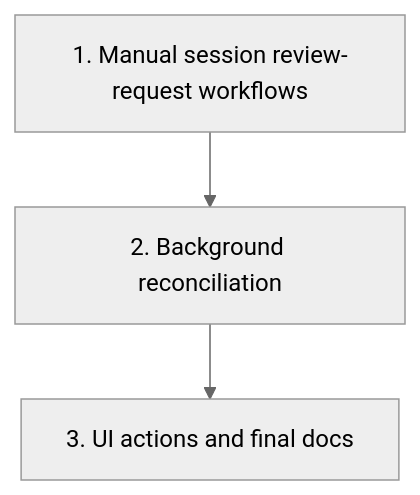
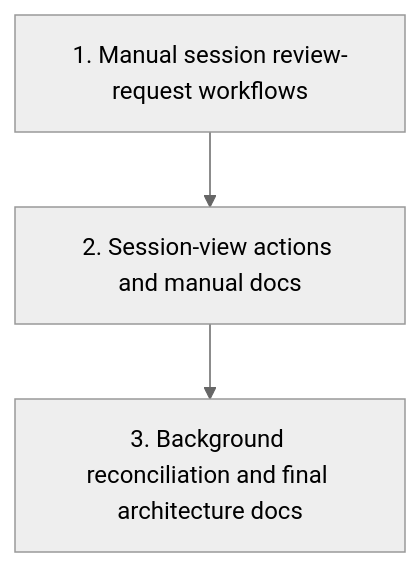
Before and after one commit to agentty-xyz/agentty: the diagram in docs/plan/forge_review_request_support.md, drawn with Mermaid (neutral theme). The commit also changed other lines of this file, not shown here.

First line of the commit message:
Reorder forge review request plan phases

````diff
--- a/docs/plan/forge_review_request_support.md
+++ b/docs/plan/forge_review_request_support.md
@@ -99,5 +101,5 @@
 ```mermaid
 graph TD
-    P1[1. Manual session review-request workflows] --> P2[2. Background reconciliation]
-    P2 --> P3[3. UI actions and final docs]
+    P1[1. Manual session review-request workflows] --> P2[2. Session-view actions and manual docs]
+    P2 --> P3[3. Background reconciliation and final architecture docs]
 ```
````
